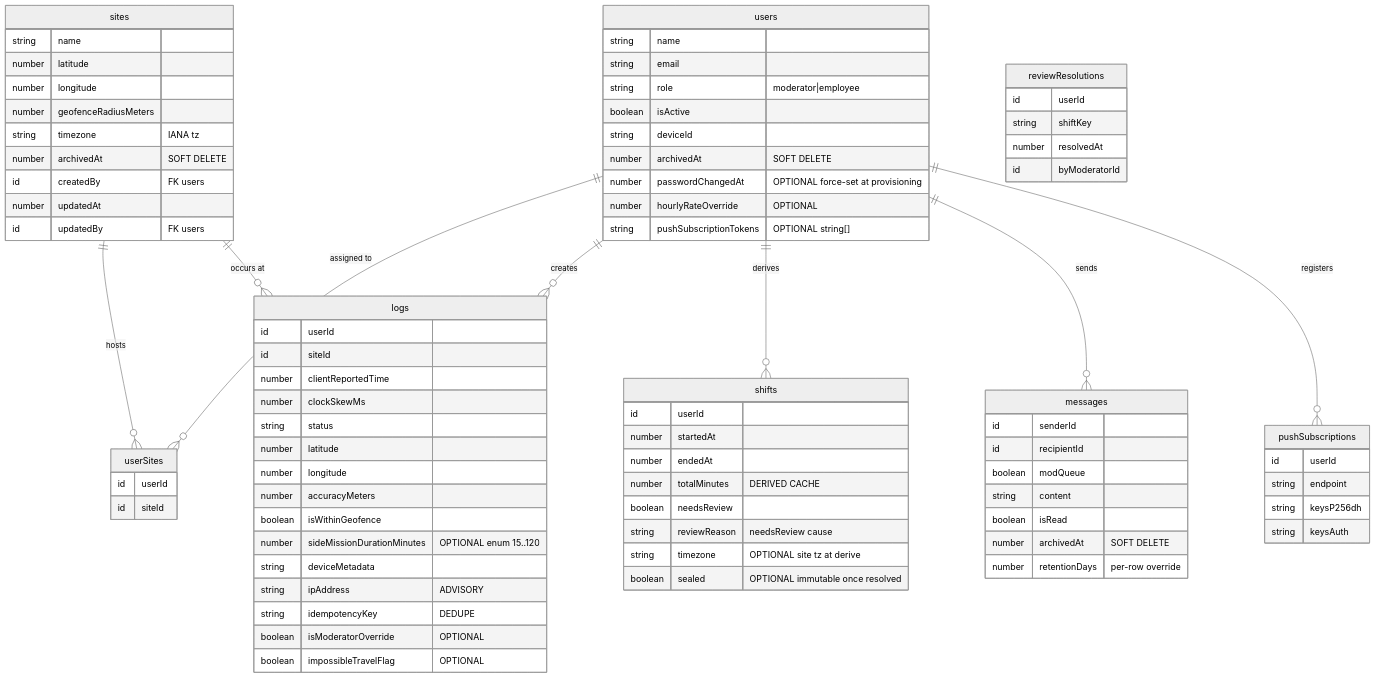
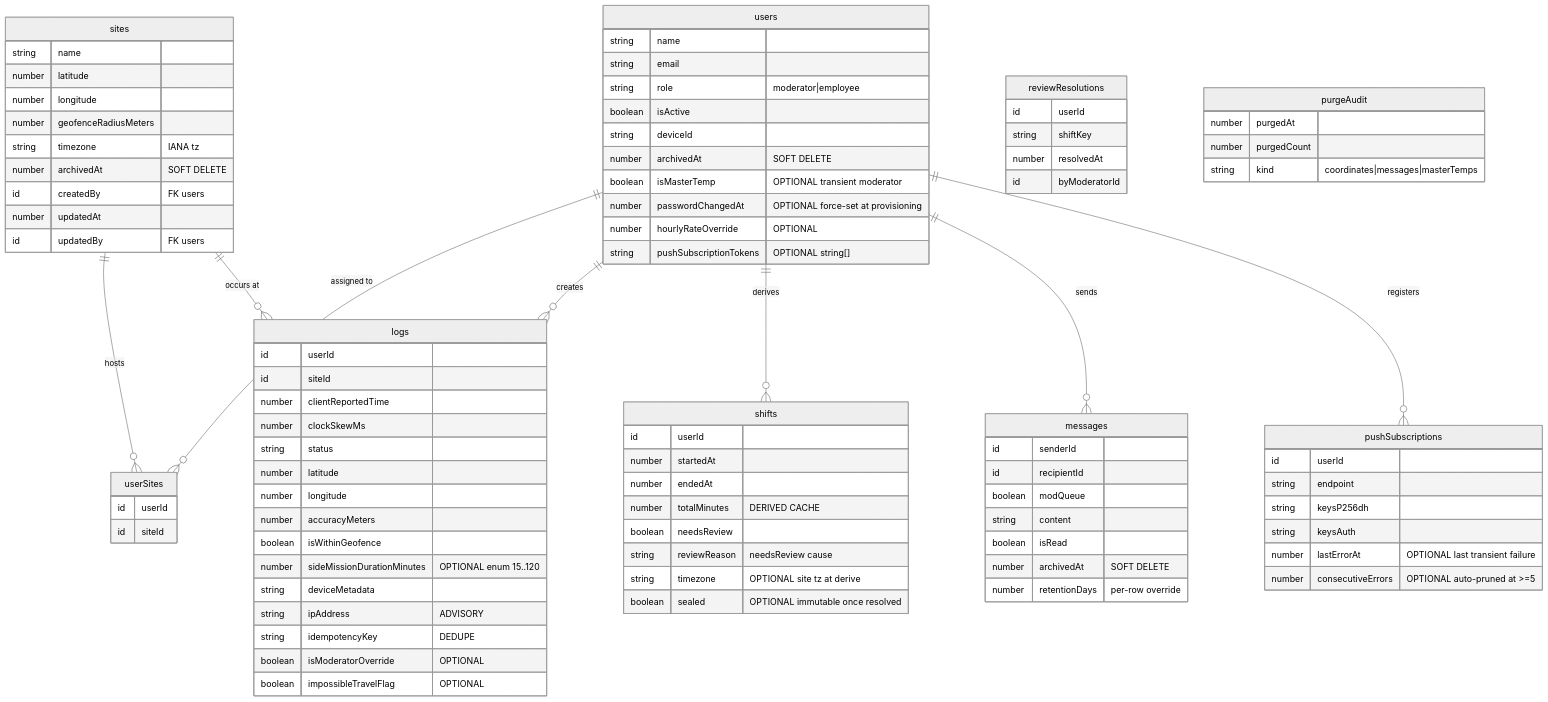
Before and after one commit to TeacherEvan/J-pay: the second of 5 diagrams in j-pay.md, drawn with Mermaid (neutral theme). The commit also changed other lines of this file and 27 other files, not shown here.

````diff
--- a/j-pay.md
+++ b/j-pay.md
@@ -368,6 +380,7 @@
         boolean isActive
         string deviceId
         number archivedAt "SOFT DELETE"
+        boolean isMasterTemp "OPTIONAL transient moderator"
         number passwordChangedAt "OPTIONAL force-set at provisioning"
 
         number hourlyRateOverride "OPTIONAL"
@@ -429,6 +442,8 @@
         string endpoint
         string keysP256dh
         string keysAuth
+        number lastErrorAt "OPTIONAL last transient failure"
+        number consecutiveErrors "OPTIONAL auto-pruned at >=5"
     }
     reviewResolutions {
         id userId
@@ -436,4 +451,9 @@
         number resolvedAt
         id byModeratorId
     }
+    purgeAudit {
+        number purgedAt
+        number purgedCount
+        string kind "coordinates|messages|masterTemps"
+    }
 ```
````
